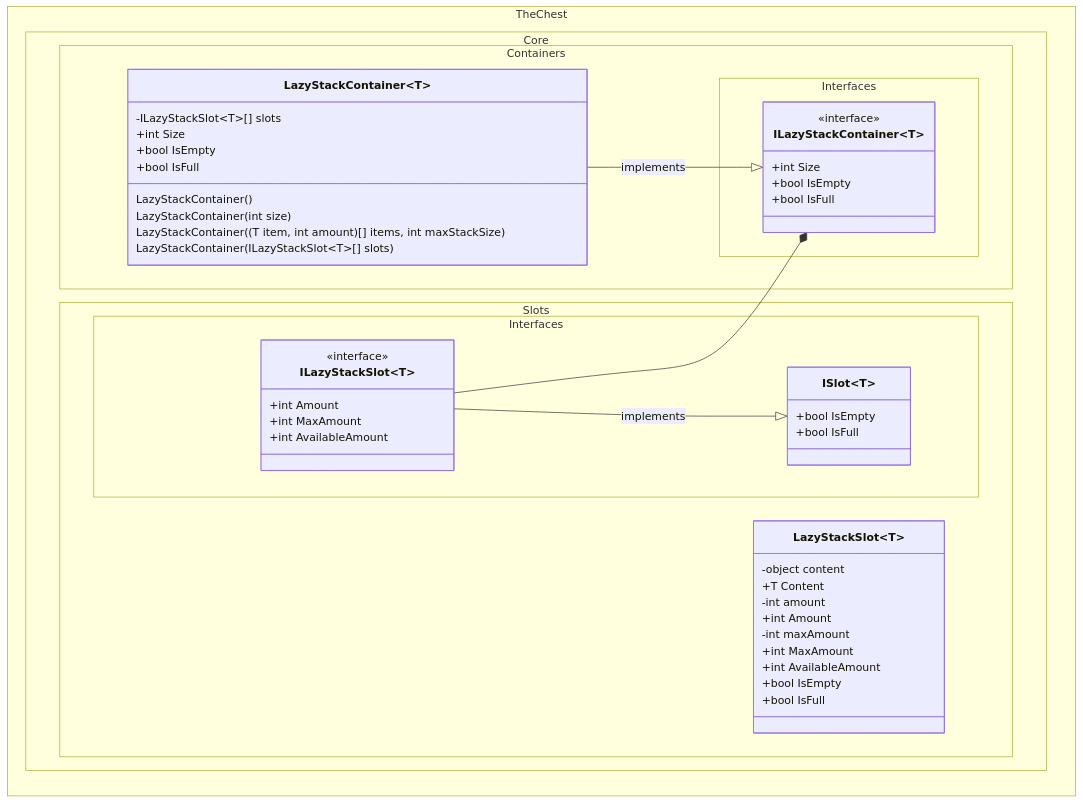
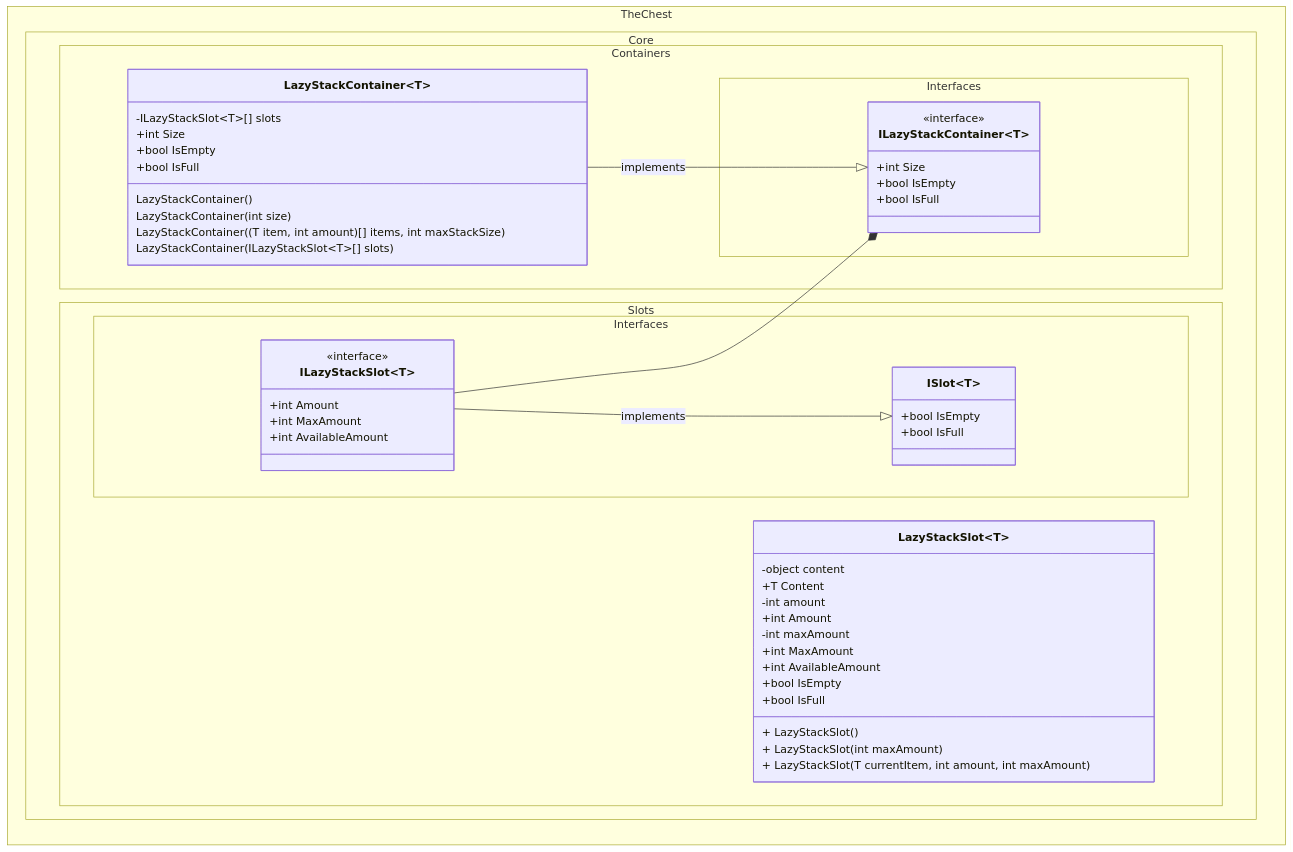
One commit to The-Chest/TheChest.Core changed the third of 3 diagrams in docs/class_diagram.md. Above: the diagram before and after it, drawn with Mermaid. The commit also changed 10 other files, not shown here.

````diff
--- a/docs/class_diagram.md
+++ b/docs/class_diagram.md
@@ -160,64 +160,72 @@
 ```mermaid
 ---
 config:
   theme: mc
   look: classic
   class:
     hideEmptyMembersBox: true
 ---
 classDiagram
 direction BT
 	namespace TheChest.Core.Containers.Interfaces {
 		class ILazyStackContainer~T~ {
 	        +int Size
 	        +bool IsEmpty
 	        +bool IsFull
         }
 	}
 	namespace TheChest.Core.Slots.Interfaces {
         class ISlot~T~ {
 	        +bool IsEmpty
 	        +bool IsFull
         }
         class ILazyStackSlot~T~ {
 			+int Amount
             +int MaxAmount
             +int AvailableAmount
         }
 	}
 	namespace TheChest.Core.Containers {
 		class LazyStackContainer~T~ {
 			-ILazyStackSlot~T~[] slots
 
 			LazyStackContainer()
 			LazyStackContainer(int size)
 			LazyStackContainer((T item, int amount)[] items, int maxStackSize)
 			LazyStackContainer(ILazyStackSlot~T~[] slots)
 
 			+int Size
 			+bool IsEmpty
 			+bool IsFull
         }
 	}
 
 	namespace TheChest.Core.Slots {
 		class LazyStackSlot~T~{
 			-object content
 			+T Content
+
 			-int amount            
 			+int Amount
+
 			-int maxAmount
 			+int MaxAmount
+
             +int AvailableAmount
+
+			+ LazyStackSlot()
+			+ LazyStackSlot(int maxAmount)
+			+ LazyStackSlot(T currentItem, int amount, int maxAmount)
+
 			+bool IsEmpty
 			+bool IsFull
 		}
 	}
 
 	<<interface>> ILazyStackContainer
     <<interface>> ILazyStackSlot
 
     LazyStackContainer --|> ILazyStackContainer : implements
     ILazyStackSlot --|> ISlot : implements
     ILazyStackSlot --* ILazyStackContainer
 ```
````
